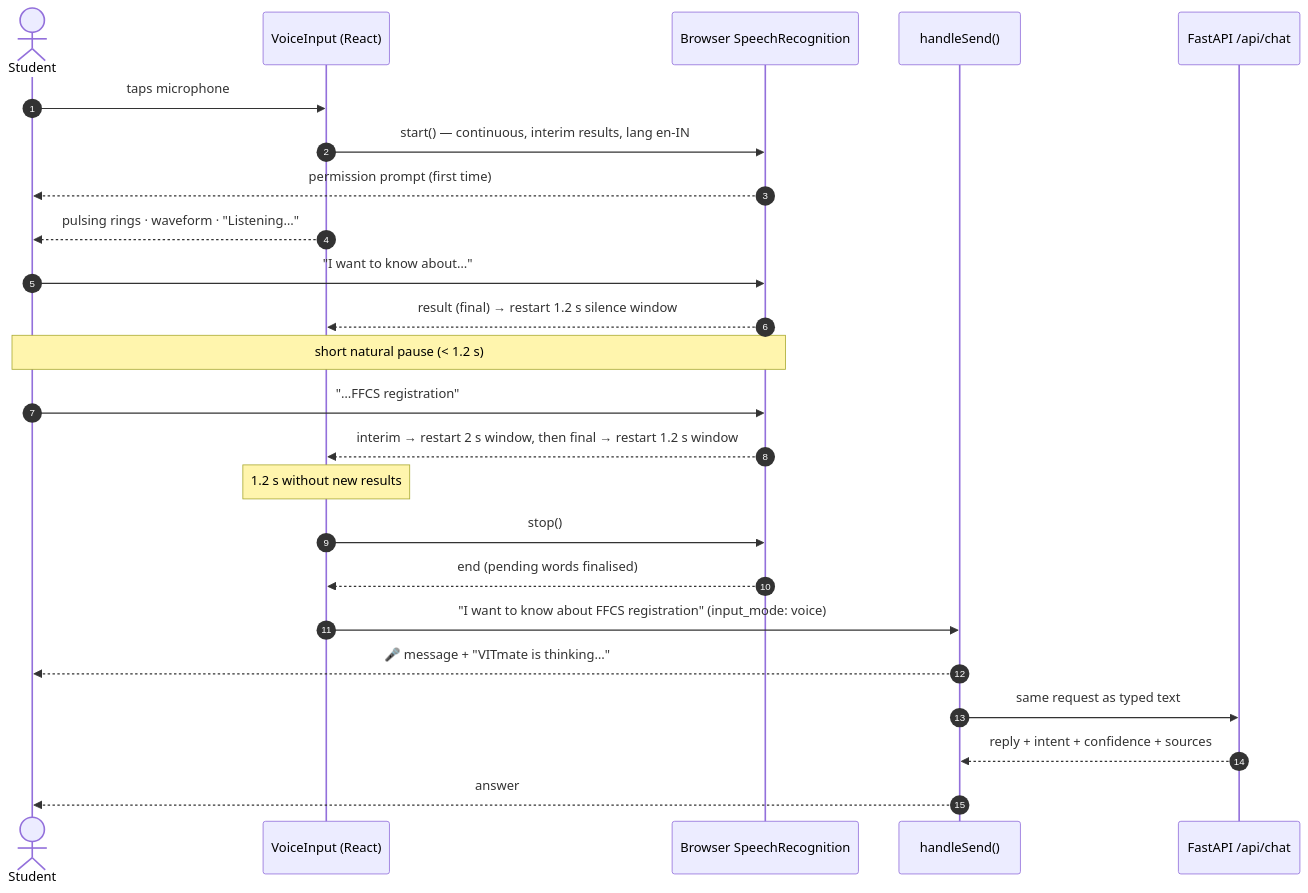
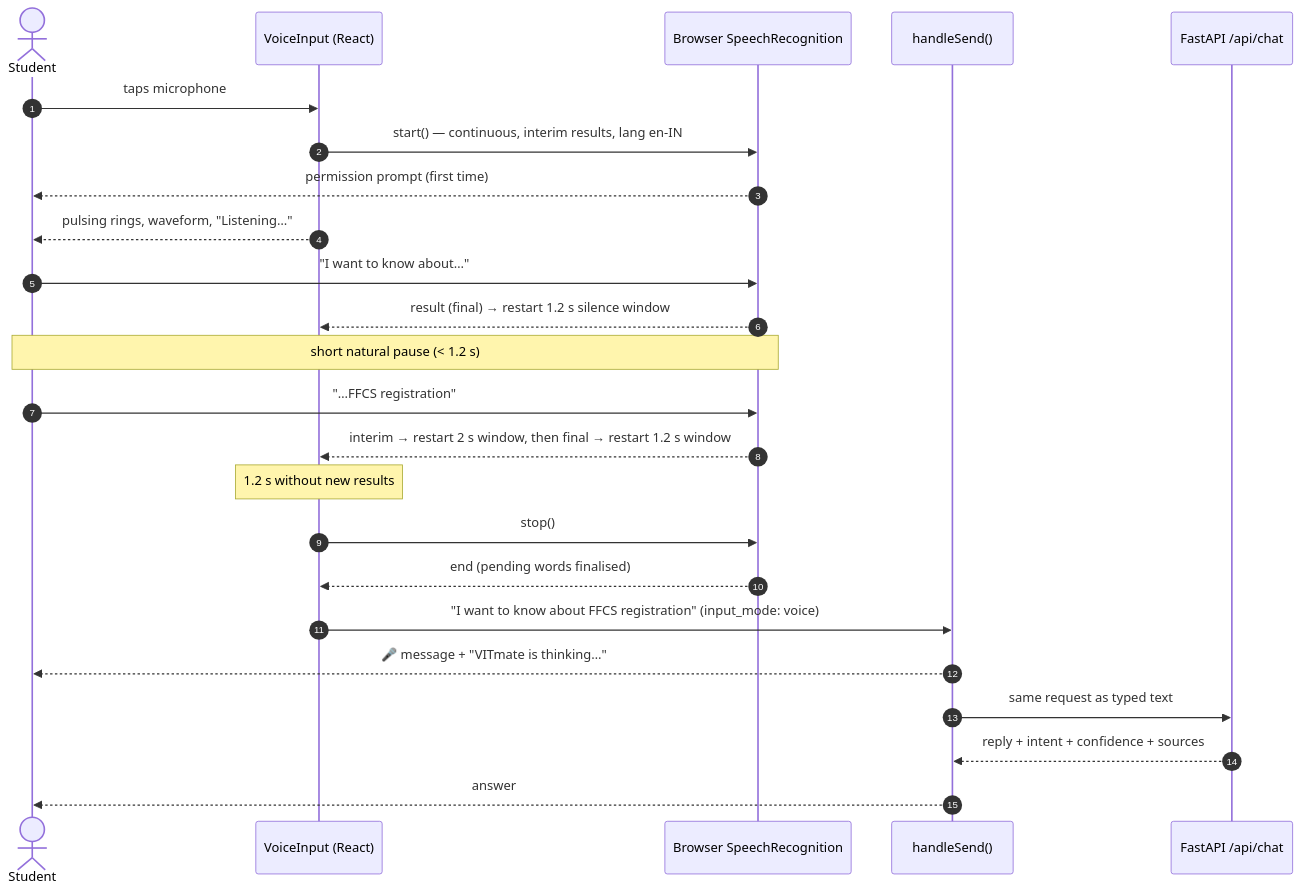
The first of 2 diagrams in docs/08-speech-recognition.md (js0nnn/VITmate), drawn with Mermaid before and after one commit. The commit also changed other lines of this file and 31 other files, not shown here.

````diff
--- a/docs/08-speech-recognition.md
+++ b/docs/08-speech-recognition.md
@@ -9,28 +9,28 @@
 ```mermaid
 %% file: voice-interaction-sequence
 sequenceDiagram
     autonumber
     actor U as Student
     participant V as VoiceInput (React)
     participant SR as Browser SpeechRecognition
     participant App as handleSend()
     participant API as FastAPI /api/chat
 
     U->>V: taps microphone
     V->>SR: start() — continuous, interim results, lang en-IN
     SR-->>U: permission prompt (first time)
-    V-->>U: pulsing rings · waveform · "Listening…"
+    V-->>U: pulsing rings, waveform, "Listening…"
     U->>SR: "I want to know about…"
     SR-->>V: result (final) → restart 1.2 s silence window
     Note over U,SR: short natural pause (< 1.2 s)
     U->>SR: "…FFCS registration"
     SR-->>V: interim → restart 2 s window, then final → restart 1.2 s window
     Note over V: 1.2 s without new results
     V->>SR: stop()
     SR-->>V: end (pending words finalised)
     V->>App: "I want to know about FFCS registration" (input_mode: voice)
     App-->>U: 🎤 message + "VITmate is thinking…"
     App->>API: same request as typed text
     API-->>App: reply + intent + confidence + sources
     App-->>U: answer
 ```
````
